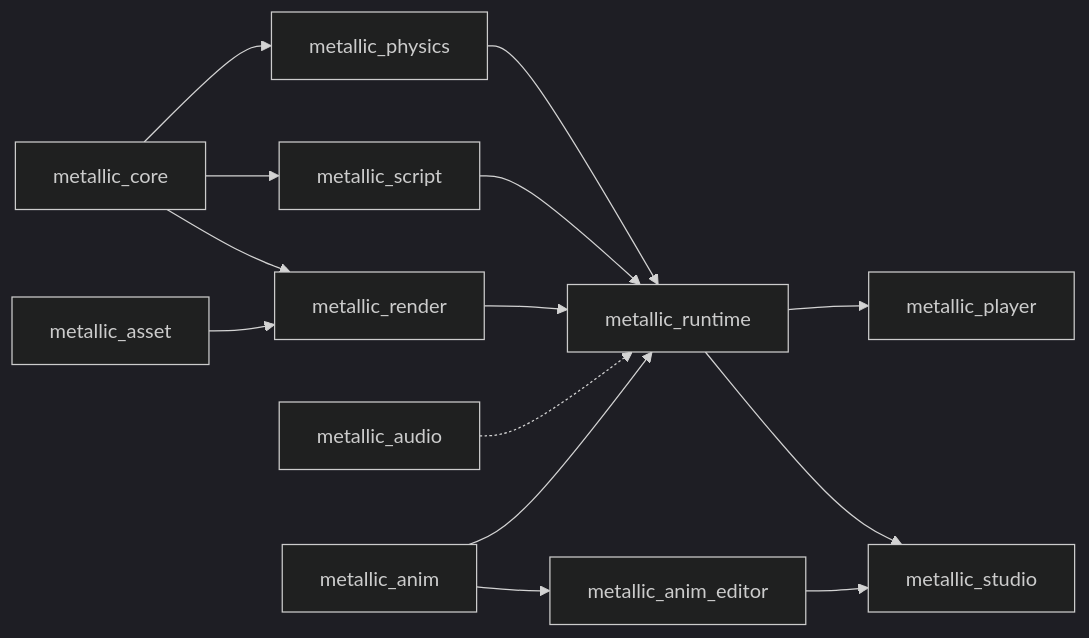
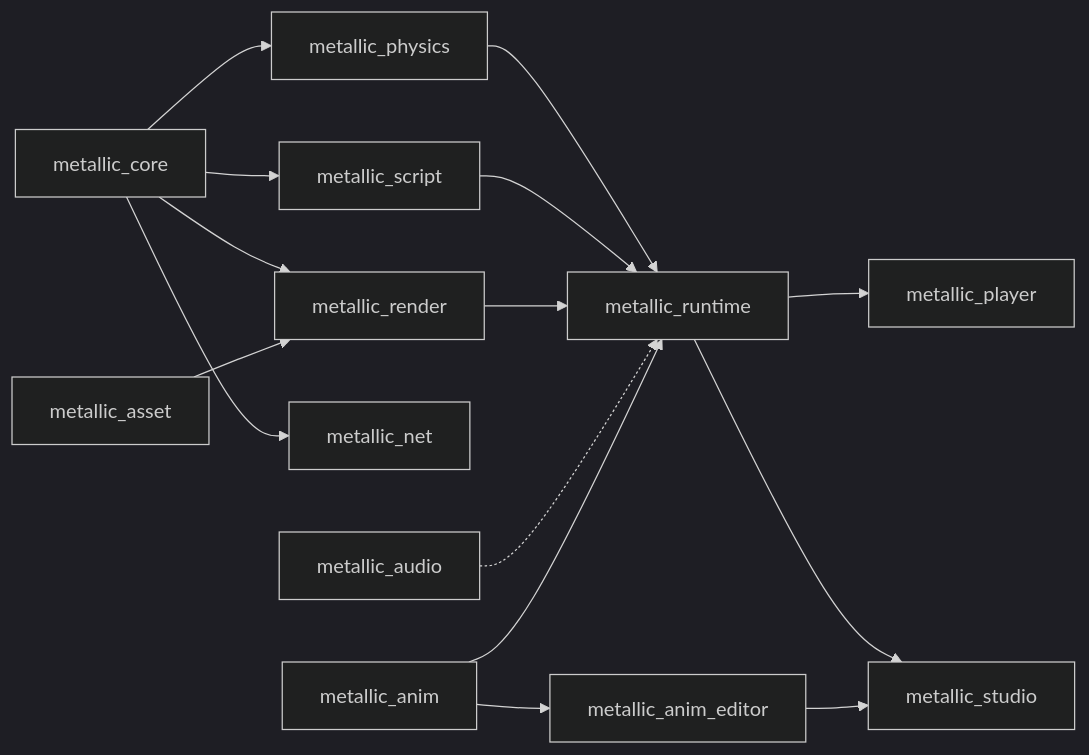
Before and after one commit to Metallic-Club/studio: the diagram in ARCHITECTURE.md, drawn with Mermaid (dark theme). The commit also changed other lines of this file and 21 other files, not shown here.

````diff
--- a/ARCHITECTURE.md
+++ b/ARCHITECTURE.md
@@ -6,16 +6,17 @@
 ```mermaid
 graph LR
   core[metallic_core] --> physics[metallic_physics]
   core --> script[metallic_script]
   core --> render[metallic_render]
+  core --> net[metallic_net]
   asset[metallic_asset] --> render
   physics --> runtime[metallic_runtime]
   script --> runtime
   render --> runtime
   audio[metallic_audio] -.-> runtime
   runtime --> player[metallic_player]
   runtime --> studio[metallic_studio]
   anim[metallic_anim] --> runtime
   anim --> animed[metallic_anim_editor]
   animed --> studio
 ```
````
